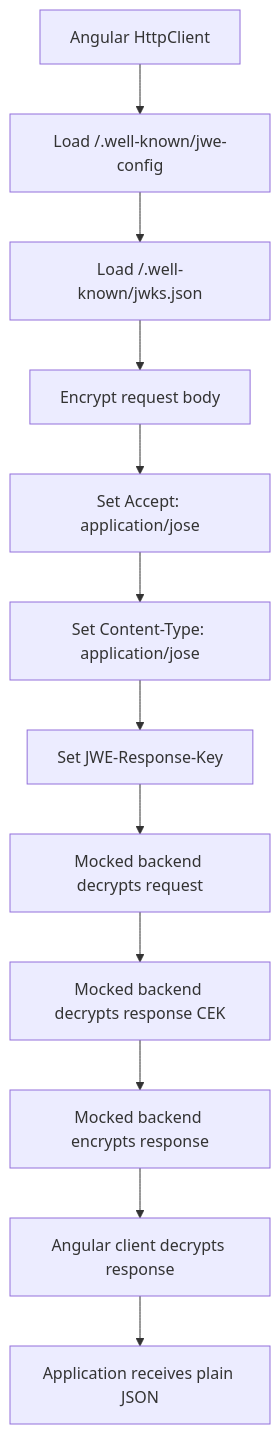
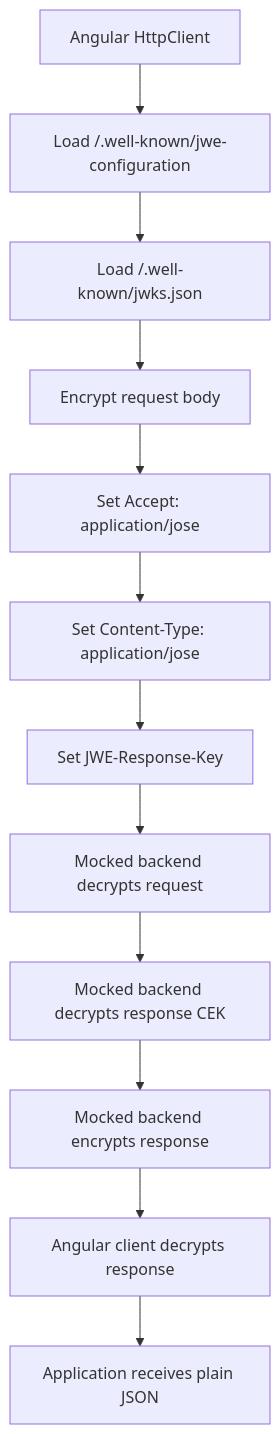
One commit to jeap-admin-ch/jeap-jwe-client changed the first of 4 diagrams in docs/testing.md. Above: the diagram before and after it, drawn with Mermaid. The commit also changed other lines of this file and 9 other files, not shown here.

````diff
--- a/docs/testing.md
+++ b/docs/testing.md
@@ -34,14 +34,14 @@
 ```mermaid
 flowchart TD
-  A[Angular HttpClient] --> B["Load /.well-known/jwe-config"]
+  A[Angular HttpClient] --> B["Load /.well-known/jwe-configuration"]
   B --> C["Load /.well-known/jwks.json"]
   C --> D[Encrypt request body]
   D --> E["Set Accept: application/jose"]
   E --> F["Set Content-Type: application/jose"]
   F --> G[Set JWE-Response-Key]
   G --> H[Mocked backend decrypts request]
   H --> I[Mocked backend decrypts response CEK]
   I --> J[Mocked backend encrypts response]
   J --> K[Angular client decrypts response]
   K --> L[Application receives plain JSON]
 ```
````
